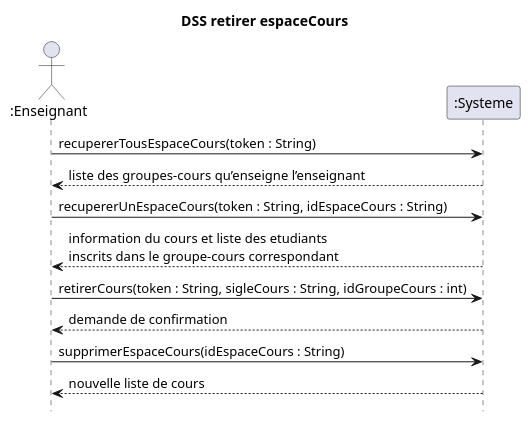
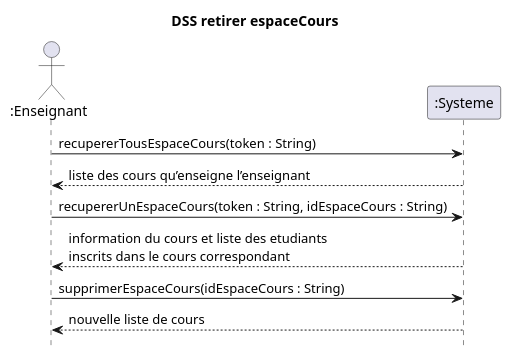
The diagram in docs/Retirer cours/DSS_Retirer_Cours.puml (nerdz88/SGA-TS), drawn with PlantUML before and after one commit. The commit also changed 18 other files, not shown here.

```diff
--- a/docs/Retirer cours/DSS_Retirer_Cours.puml
+++ b/docs/Retirer cours/DSS_Retirer_Cours.puml
@@ -1,16 +1,13 @@
 @startuml DSS_Retirer_Cours
 title DSS retirer espaceCours
 hide footbox
 actor ":Enseignant" as prof
 participant ":Systeme" as sys
 
 prof->  sys : recupererTousEspaceCours(token : String)
-sys --> prof : liste des groupes-cours qu’enseigne l’enseignant
+sys --> prof : liste des cours qu’enseigne l’enseignant
 prof -> sys : recupererUnEspaceCours(token : String, idEspaceCours : String)
-sys --> prof : information du cours et liste des etudiants\ninscrits dans le groupe-cours correspondant
-prof -> sys : retirerCours(token : String, sigleCours : String, idGroupeCours : int)
-sys --> prof : demande de confirmation
+sys --> prof : information du cours et liste des etudiants\ninscrits dans le cours correspondant
 prof -> sys : supprimerEspaceCours(idEspaceCours : String)
 sys --> prof : nouvelle liste de cours
-
 @enduml
```
